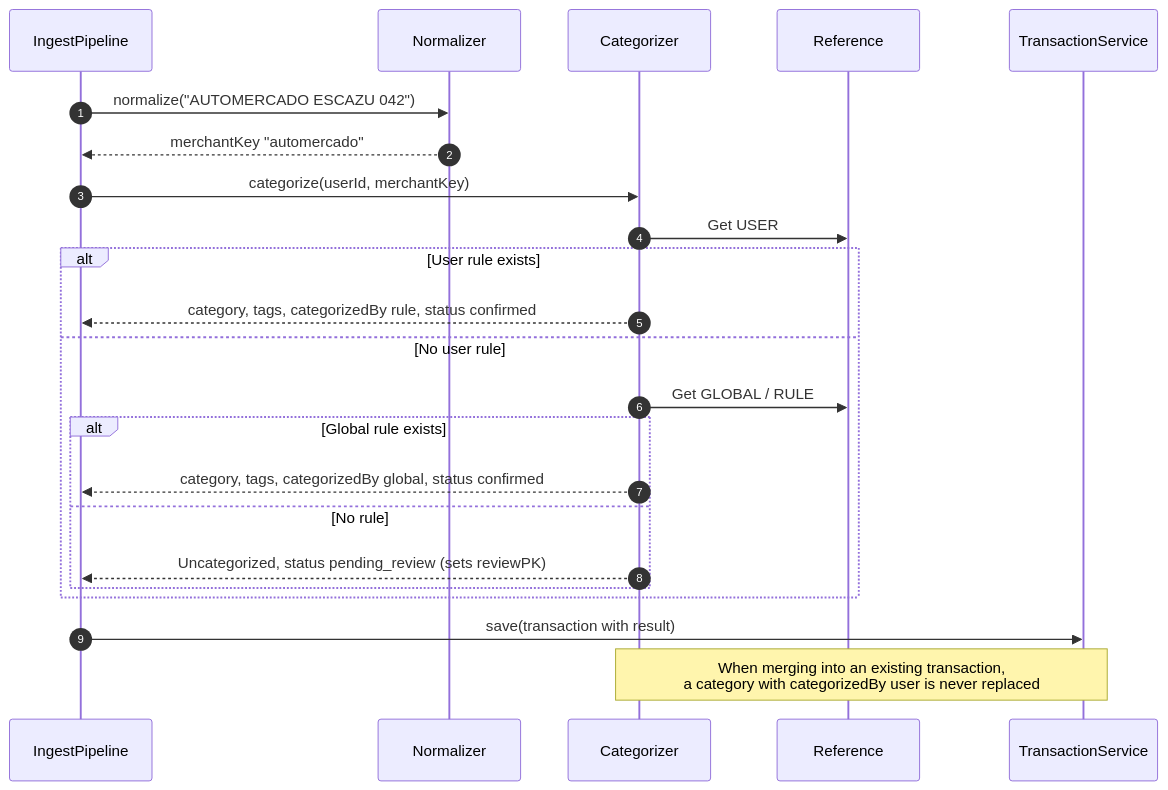
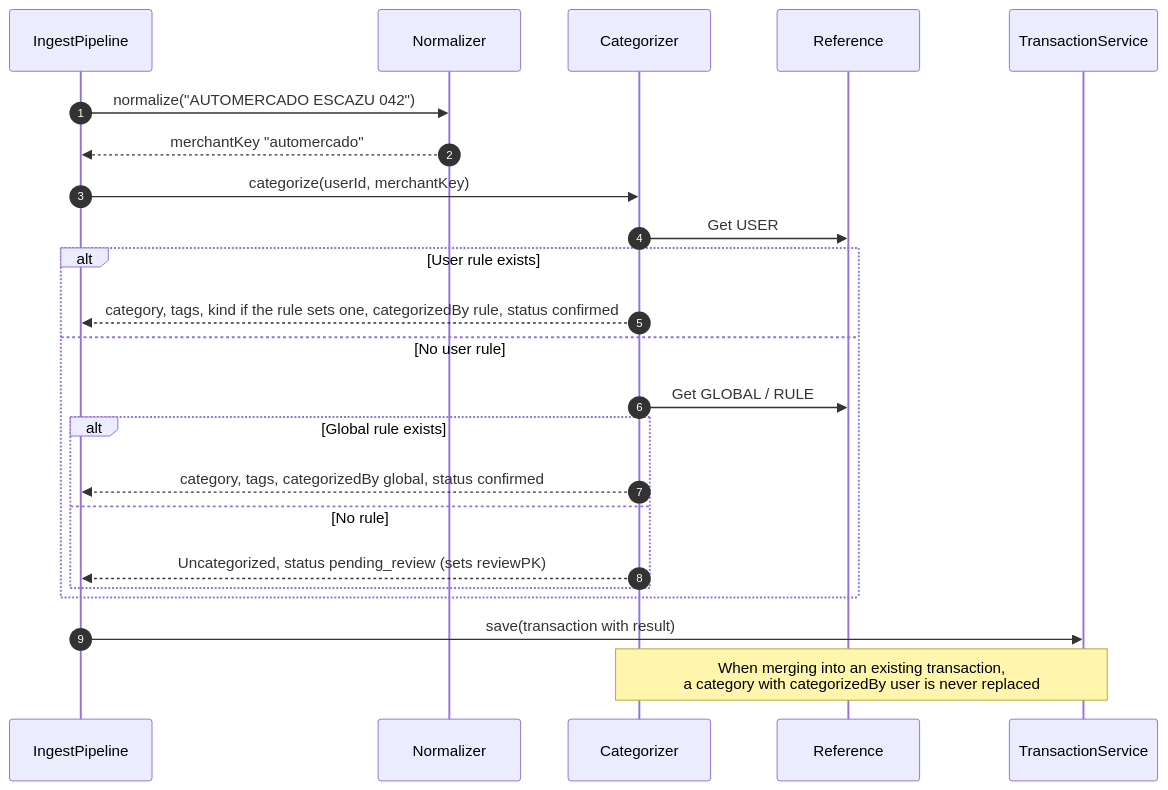
Before and after one commit to Ezequiel294/cs3365-finance-app: the second of 4 diagrams in docs/diagrams/sequences/02-categorization-and-rules.md, drawn with Mermaid. The commit also changed other lines of this file and 15 other files, not shown here.

Commit message:
attempt 2 diagram/architecture changes

````diff
--- a/docs/diagrams/sequences/02-categorization-and-rules.md
+++ b/docs/diagrams/sequences/02-categorization-and-rules.md
@@ -71,26 +71,26 @@
 ```mermaid
 sequenceDiagram
     autonumber
     participant P as IngestPipeline
     participant N as Normalizer
     participant C as Categorizer
     participant Ref as Reference
     participant TS as TransactionService
 
     P->>N: normalize("AUTOMERCADO ESCAZU 042")
     N-->>P: merchantKey "automercado"
     P->>C: categorize(userId, merchantKey)
     C->>Ref: Get USER#id / RULE#automercado
     alt User rule exists
-        C-->>P: category, tags, categorizedBy rule, status confirmed
+        C-->>P: category, tags, kind if the rule sets one, categorizedBy rule, status confirmed
     else No user rule
         C->>Ref: Get GLOBAL / RULE#automercado
         alt Global rule exists
             C-->>P: category, tags, categorizedBy global, status confirmed
         else No rule
             C-->>P: Uncategorized, status pending_review (sets reviewPK)
         end
     end
     P->>TS: save(transaction with result)
     Note over C,TS: When merging into an existing transaction,<br/>a category with categorizedBy user is never replaced
 ```
````
